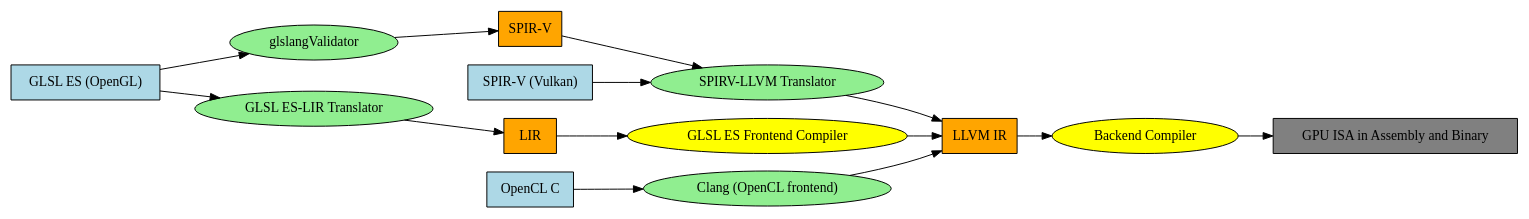
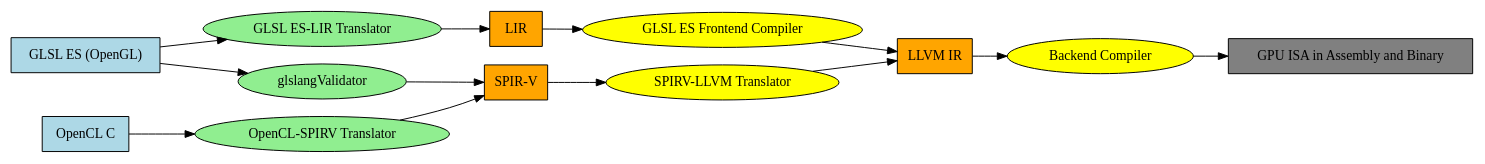
One commit to Jonathan2251/ws changed the diagram in images/Hisilicon.gv. Above: the diagram before and after it, drawn with Graphviz. The commit also changed 1 other file, not shown here.

```diff
--- a/images/Hisilicon.gv
+++ b/images/Hisilicon.gv
@@ -1,38 +1,36 @@
 digraph ShaderToLLVMIR {
     rankdir=LR;
     node [shape=record, style=filled, color=black];
 
     // Source Languages
     GLSL [label="GLSL ES (OpenGL)", fillcolor=lightblue];
-    Vulkan_SPIRV [label="SPIR-V (Vulkan)", fillcolor=lightblue];
     OpenCL_C [label="OpenCL C", fillcolor=lightblue];
 
     // Intermediate Representation
     SPIRV [label="SPIR-V", fillcolor=orange];
 
     LIR [label="LIR", fillcolor=orange];
 
     GPU_ISA [label="GPU ISA in Assembly and Binary", fillcolor=grey];
 
     // LLVM IR
     LLVM_IR [label="LLVM IR", fillcolor=orange];
 
     // Tools with oval shapes
     node [shape=oval, style=filled, fillcolor=lightgreen];
     Glslang [label="glslangValidator"];
-    Clang [label="Clang (OpenCL frontend)"];
-    SPIRV_LLVM [label="SPIRV-LLVM Translator"];
+    CL_SPIRV [label="OpenCL-SPIRV Translator"];
     GLSL_LIR [label="GLSL ES-LIR Translator"];
 
     // Tools with oval shapes
     node [shape=oval, style=filled, fillcolor=yellow];
     LIR_LLVM [label="GLSL ES Frontend Compiler"];
+    SPIRV_LLVM [label="SPIRV-LLVM Translator"];
     LLVMCompiler [label="Backend Compiler"];
 
     // Edges
     GLSL -> GLSL_LIR -> LIR -> LIR_LLVM -> LLVM_IR;
     GLSL -> Glslang -> SPIRV -> SPIRV_LLVM -> LLVM_IR;
-    Vulkan_SPIRV -> SPIRV_LLVM;
-    OpenCL_C -> Clang -> LLVM_IR;
+    OpenCL_C -> CL_SPIRV -> SPIRV;
     LLVM_IR -> LLVMCompiler -> GPU_ISA;
 }
```
